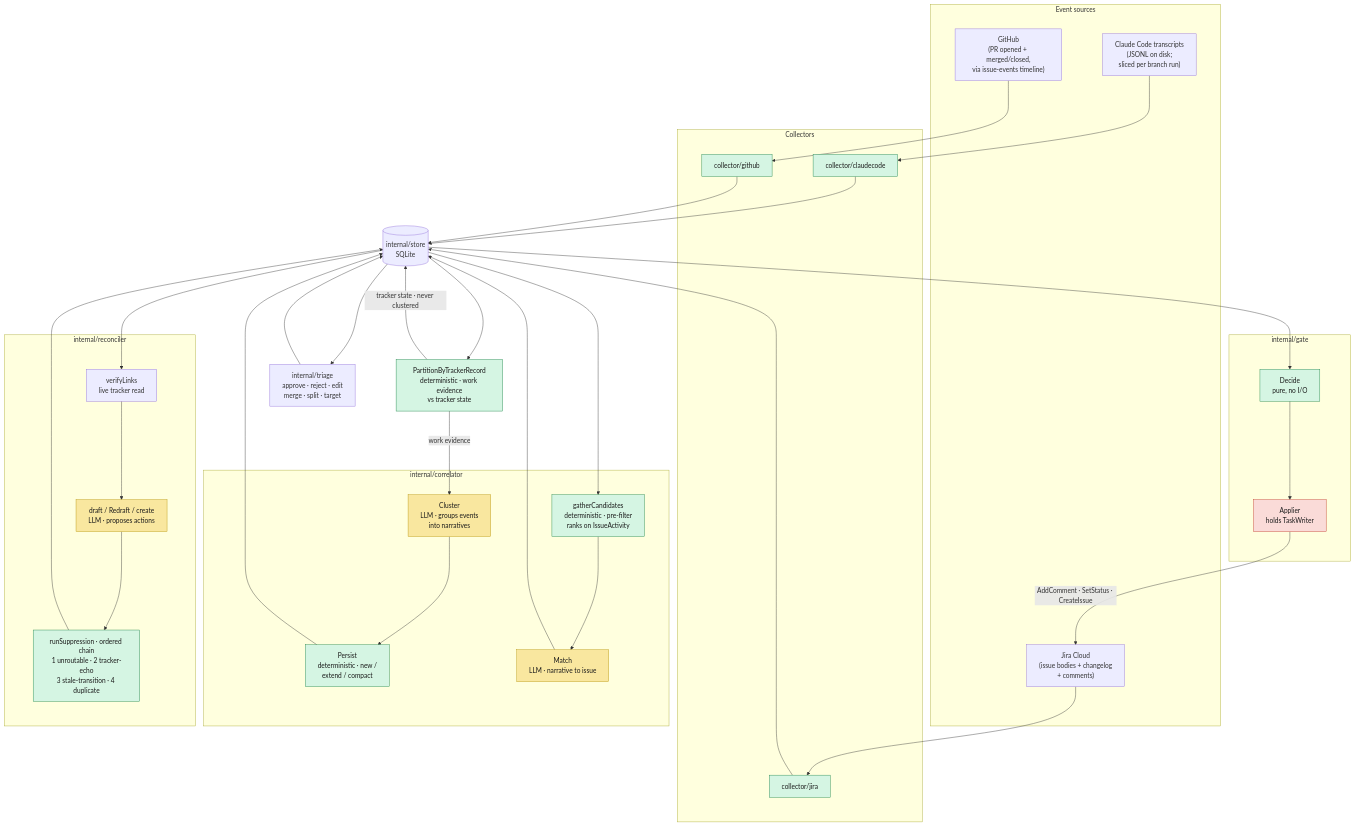
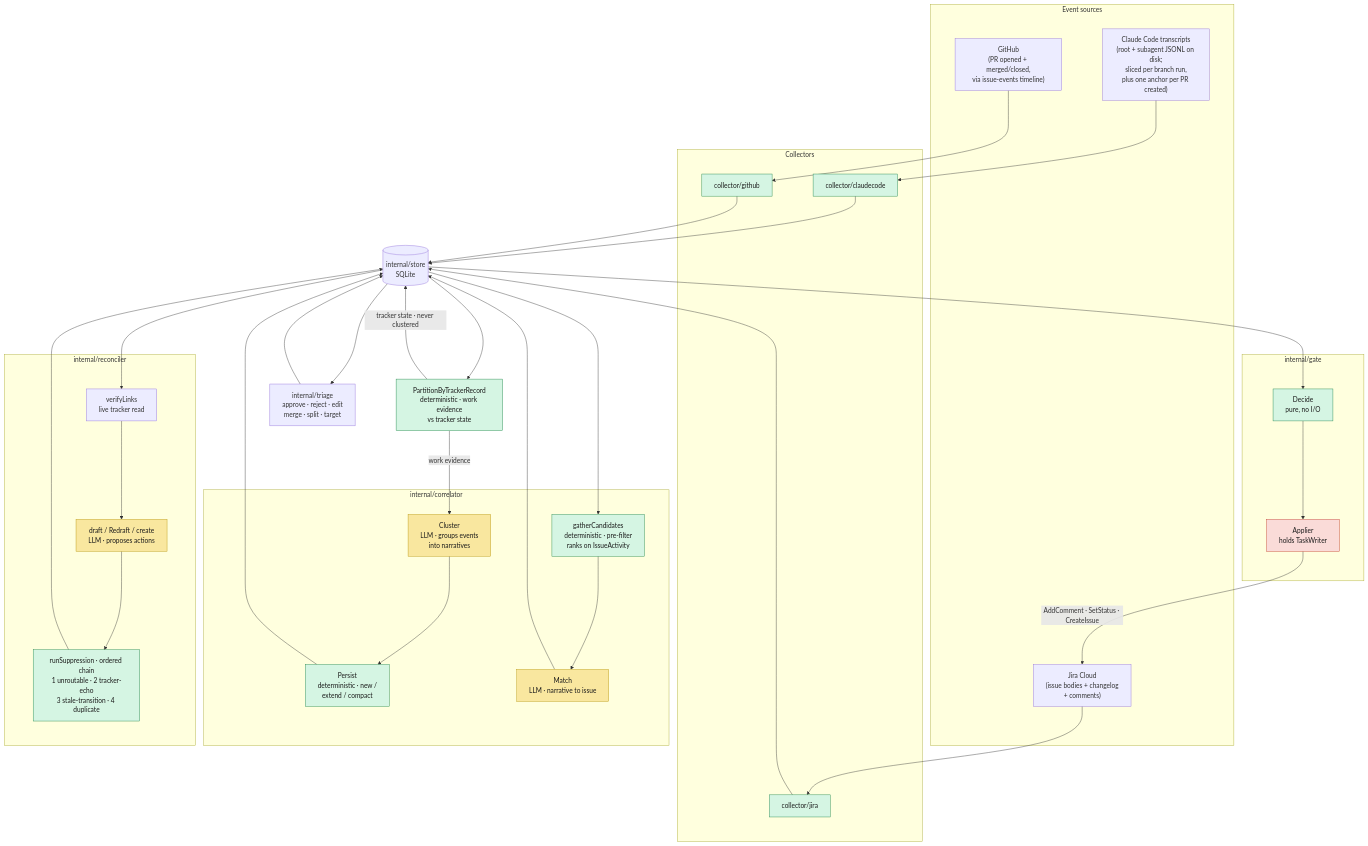
The first of 4 diagrams in docs/architecture.md (jcogilvie/unjira), drawn with Mermaid before and after one commit. The commit also changed other lines of this file and 19 other files, not shown here.

First line of the commit message:
collector: read subagent transcripts, and anchor each PR-creating call to owner/repo#N (#78)

````diff
--- a/docs/architecture.md
+++ b/docs/architecture.md
@@ -42,60 +42,60 @@
 ```mermaid
 ---
 config:
   nodeSpacing: 100
   rankSpacing: 120
 ---
 flowchart TB
     subgraph sources["Event sources"]
-        CC["Claude Code transcripts<br/>(JSONL on disk;<br/>sliced per branch run)"]
+        CC["Claude Code transcripts<br/>(root + subagent JSONL on disk;<br/>sliced per branch run,<br/>plus one anchor per PR created)"]
         JIRA["Jira Cloud<br/>(issue bodies + changelog<br/>+ comments)"]
         GH["GitHub<br/>(PR opened + merged/closed,<br/>via issue-events timeline)"]
     end
 
     subgraph collectors["Collectors"]
         CCC["collector/claudecode"]
         JC["collector/jira"]
         GHC["collector/github"]
     end
 
     STORE[("internal/store<br/>SQLite")]
 
     SPLIT["PartitionByTrackerRecord<br/>deterministic · work evidence<br/>vs tracker state"]
 
     subgraph correlate["internal/correlator"]
         CLUSTER["Cluster<br/>LLM · groups events<br/>into narratives"]
         PERSIST["Persist<br/>deterministic · new /<br/>extend / compact"]
         CAND["gatherCandidates<br/>deterministic · pre-filter<br/>ranks on IssueActivity"]
         MATCH["Match<br/>LLM · narrative to issue"]
     end
 
     subgraph reconcile["internal/reconciler"]
         VERIFY["verifyLinks<br/>live tracker read"]
         DRAFT["draft / Redraft / create<br/>LLM · proposes actions"]
         FILTERS["runSuppression · ordered chain<br/>1 unroutable · 2 tracker-echo<br/>3 stale-transition · 4 duplicate"]
     end
 
     TRIAGE["internal/triage<br/>approve · reject · edit<br/>merge · split · target"]
 
     subgraph write["internal/gate"]
         DECIDE["Decide<br/>pure, no I/O"]
         APPLY["Applier<br/>holds TaskWriter"]
     end
 
     CC --> CCC --> STORE
     JIRA --> JC --> STORE
     GH --> GHC --> STORE
     STORE --> SPLIT -->|"work evidence"| CLUSTER --> PERSIST --> STORE
     SPLIT -->|"tracker state · never clustered"| STORE
     STORE --> CAND --> MATCH --> STORE
     STORE --> VERIFY --> DRAFT --> FILTERS --> STORE
     STORE --> TRIAGE --> STORE
     STORE --> DECIDE --> APPLY -->|"AddComment · SetStatus · CreateIssue"| JIRA
 
     classDef llm fill:#f9e79f,stroke:#b7950b,color:#1a1a1a
     classDef det fill:#d5f5e3,stroke:#1e8449,color:#1a1a1a
     classDef danger fill:#fadbd8,stroke:#c0392b,color:#1a1a1a
     class CLUSTER,MATCH,DRAFT llm
     class CCC,JC,GHC,PERSIST,CAND,FILTERS,DECIDE,SPLIT det
     class APPLY danger
 ```
````
